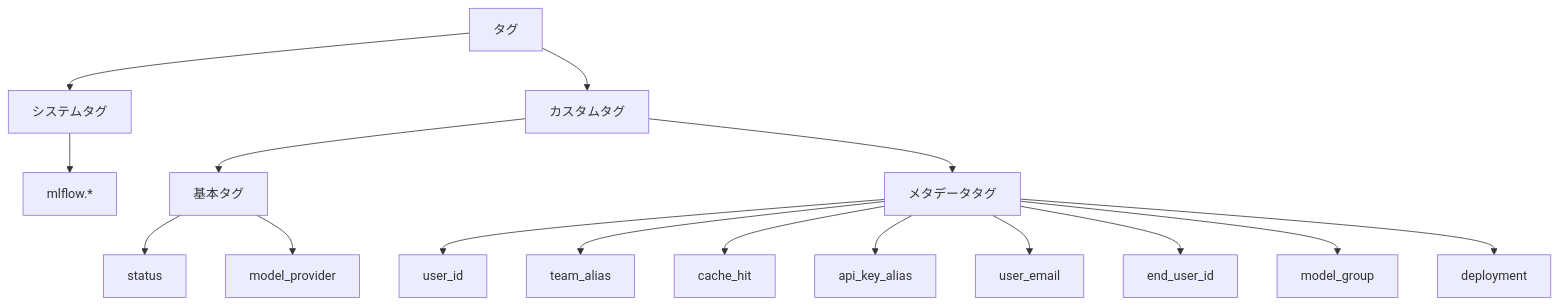
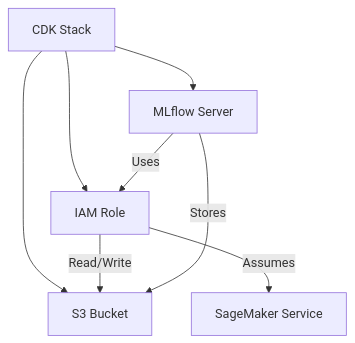
The third of 4 diagrams in workshops/ai-coding-workshop/cline/5.mlflow/README.md (littlemex/aws-samples), drawn with Mermaid before and after one commit. The commit also changed other lines of this file and 1 other file, not shown here.

````diff
--- a/workshops/ai-coding-workshop/cline/5.mlflow/README.md
+++ b/workshops/ai-coding-workshop/cline/5.mlflow/README.md
@@ -32,22 +86,10 @@
-   ```mermaid
-   graph TD
-       A[タグ] --> B[システムタグ]
-       A --> C[カスタムタグ]
-       
-       B --> D[mlflow.*]
-       
-       C --> E[基本タグ]
-       C --> F[メタデータタグ]
-       
-       E --> G[status]
-       E --> H[model_provider]
-       
-       F --> I[user_id]
-       F --> J[team_alias]
-       F --> K[cache_hit]
-       F --> L[api_key_alias]
-       F --> M[user_email]
-       F --> N[end_user_id]
-       F --> O[model_group]
-       F --> P[deployment]
-   ```
+```mermaid
+graph TB
+    A[CDK Stack] --> B[S3 Bucket]
+    A --> C[IAM Role]
+    A --> D[MLflow Server]
+    C -->|Assumes| E[SageMaker Service]
+    C -->|Read/Write| B
+    D -->|Uses| C
+    D -->|Stores| B
+```
````
